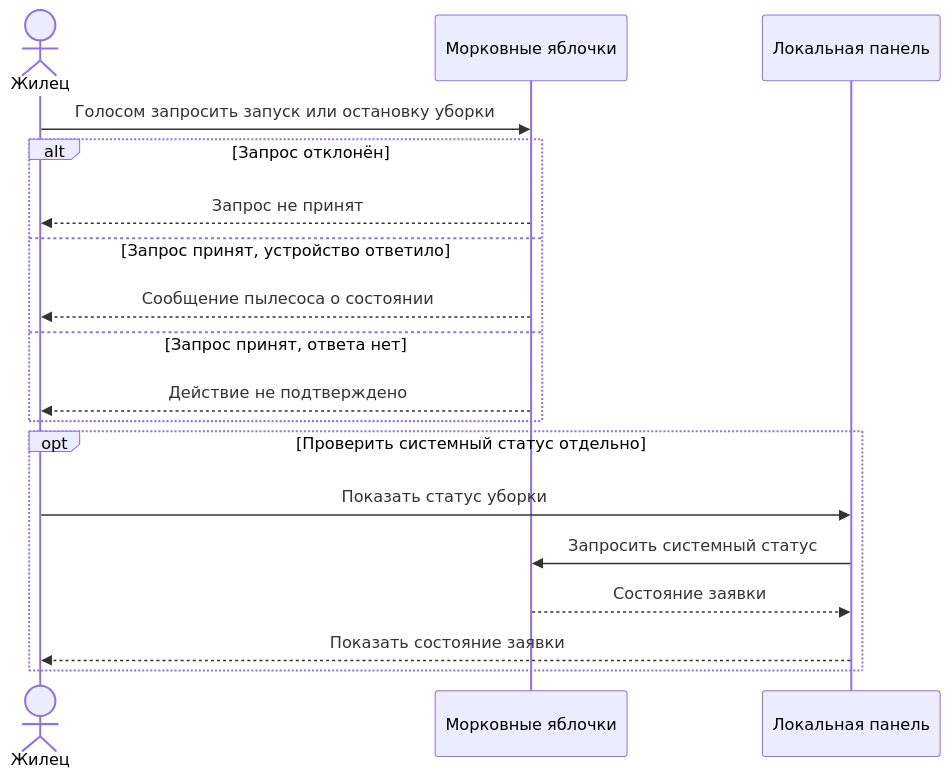
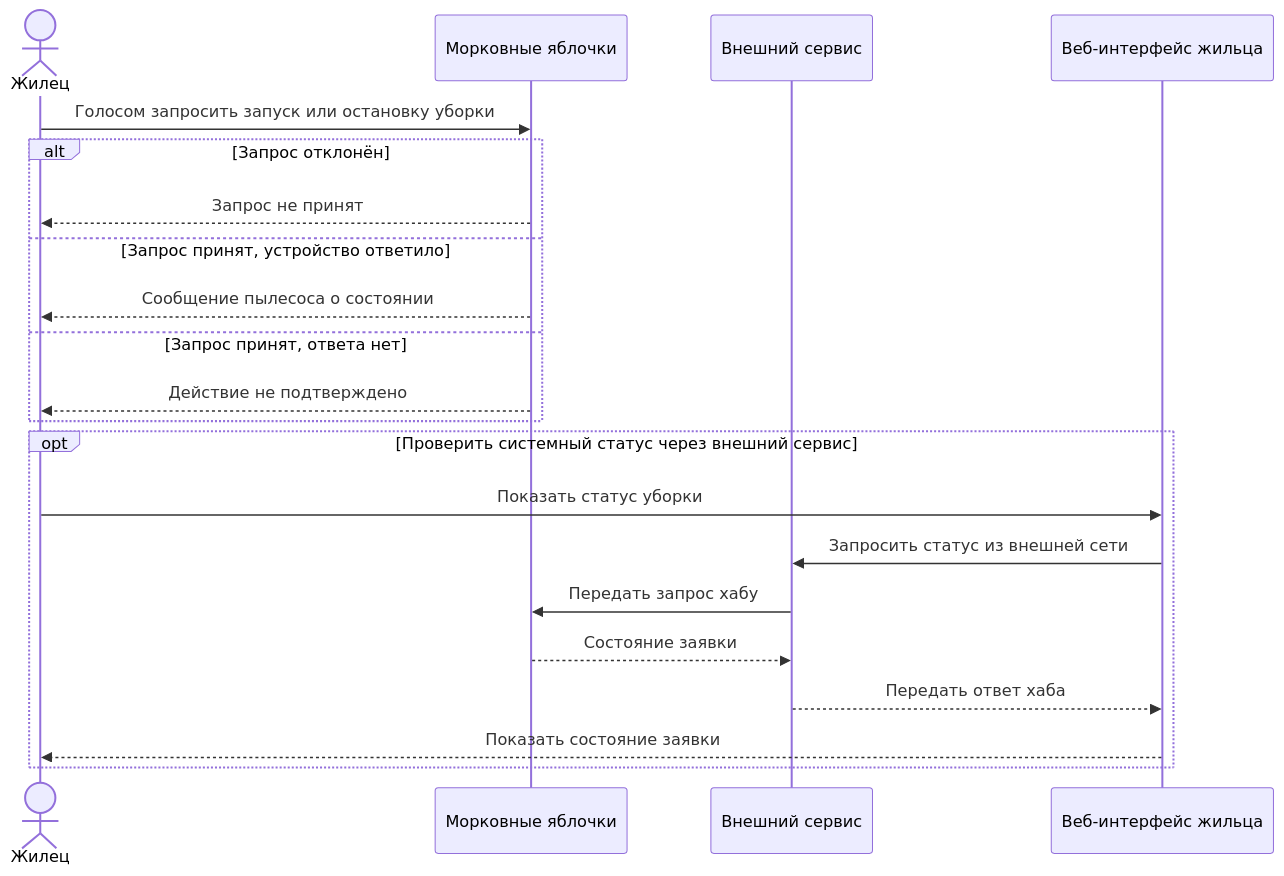
Before and after one commit to BPLA-Team/carrot-apples: the diagram in customer_side/base_scenarios/S03_VOICE_CLEANING.md, drawn with Mermaid. The commit also changed 22 other files, not shown here.

Commit message:
docs(architecture): document web access through the external service

````diff
--- a/customer_side/base_scenarios/S03_VOICE_CLEANING.md
+++ b/customer_side/base_scenarios/S03_VOICE_CLEANING.md
@@ -3,20 +3,23 @@
 ```mermaid
 sequenceDiagram
     actor R as Жилец
     participant H as Морковные яблочки
-    participant P as Локальная панель
+    participant S as Внешний сервис
+    participant W as Веб-интерфейс жильца
     R->>H: Голосом запросить запуск или остановку уборки
     alt Запрос отклонён
         H-->>R: Запрос не принят
     else Запрос принят, устройство ответило
         H-->>R: Сообщение пылесоса о состоянии
     else Запрос принят, ответа нет
         H-->>R: Действие не подтверждено
     end
-    opt Проверить системный статус отдельно
-        R->>P: Показать статус уборки
-        P->>H: Запросить системный статус
-        H-->>P: Состояние заявки
-        P-->>R: Показать состояние заявки
+    opt Проверить системный статус через внешний сервис
+        R->>W: Показать статус уборки
+        W->>S: Запросить статус из внешней сети
+        S->>H: Передать запрос хабу
+        H-->>S: Состояние заявки
+        S-->>W: Передать ответ хаба
+        W-->>R: Показать состояние заявки
     end
 ```
````
